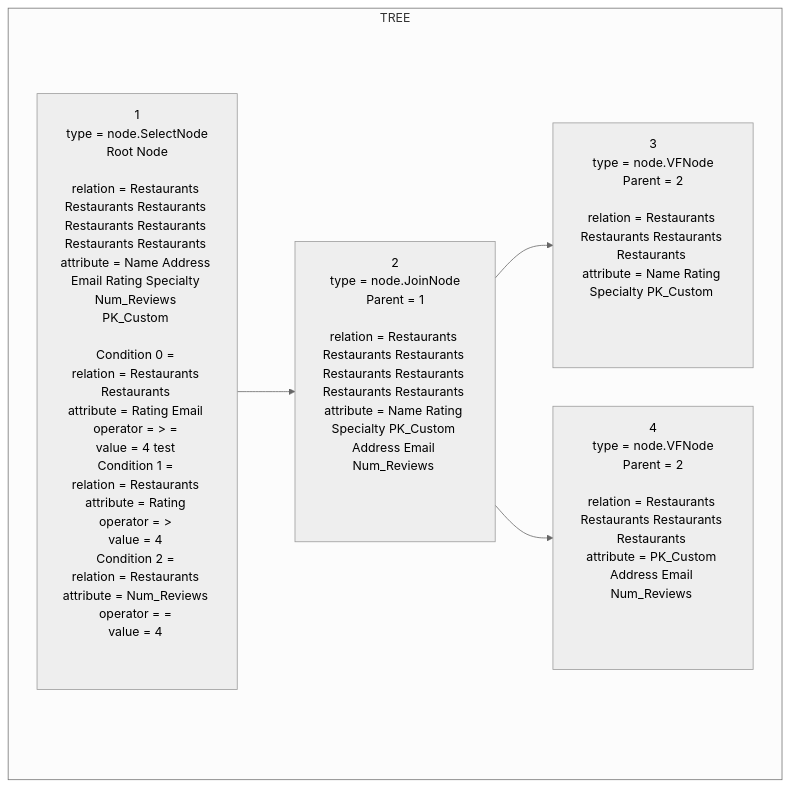
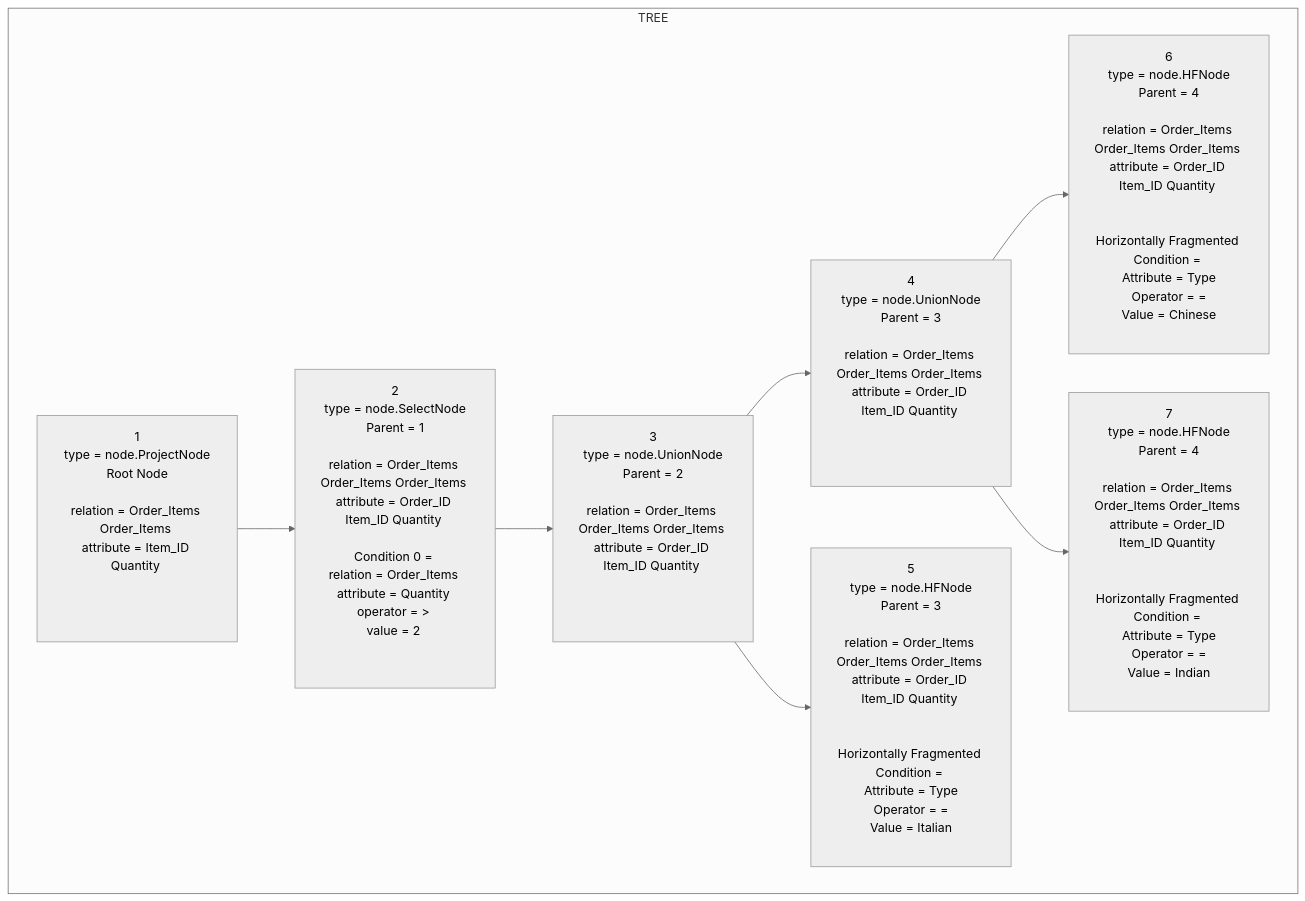
One commit to krtikgrg/Distributed_Database_System changed the diagram in phase2/src/fragmented.md. Above: the diagram before and after it, drawn with Mermaid (neutral theme). The commit also changed 8 other files, not shown here.

````diff
--- a/phase2/src/fragmented.md
+++ b/phase2/src/fragmented.md
@@ -1,12 +1,18 @@
 ```mermaid
 graph TD
 subgraph TREE
-1[1<br/>type = node.SelectNode<br/>Root Node<br/><br/>relation = Restaurants Restaurants Restaurants Restaurants Restaurants Restaurants Restaurants <br/>attribute = Name Address Email Rating Specialty Num_Reviews PK_Custom <br/><br/>Condition 0 = <br/>relation = Restaurants Restaurants <br/>attribute = Rating Email <br/>operator = > = <br/>value = 4 test <br/>Condition 1 = <br/>relation = Restaurants <br/>attribute = Rating <br/>operator = > <br/>value = 4 <br/>Condition 2 = <br/>relation = Restaurants <br/>attribute = Num_Reviews <br/>operator = = <br/>value = 4 <br/><br/><br/>]
-2[2<br/>type = node.JoinNode<br/>Parent = 1<br/><br/>relation = Restaurants Restaurants Restaurants Restaurants Restaurants Restaurants Restaurants <br/>attribute = Name Rating Specialty PK_Custom Address Email Num_Reviews <br/><br/><br/><br/>]
+1[1<br/>type = node.ProjectNode<br/>Root Node<br/><br/>relation = Order_Items Order_Items <br/>attribute = Item_ID Quantity <br/><br/><br/><br/>]
+2[2<br/>type = node.SelectNode<br/>Parent = 1<br/><br/>relation = Order_Items Order_Items Order_Items <br/>attribute = Order_ID Item_ID Quantity <br/><br/>Condition 0 = <br/>relation = Order_Items <br/>attribute = Quantity <br/>operator = > <br/>value = 2 <br/><br/><br/>]
 1-->2
-3[3<br/>type = node.VFNode<br/>Parent = 2<br/><br/>relation = Restaurants Restaurants Restaurants Restaurants <br/>attribute = Name Rating Specialty PK_Custom <br/><br/><br/><br/>]
+3[3<br/>type = node.UnionNode<br/>Parent = 2<br/><br/>relation = Order_Items Order_Items Order_Items <br/>attribute = Order_ID Item_ID Quantity <br/><br/><br/><br/>]
 2-->3
-4[4<br/>type = node.VFNode<br/>Parent = 2<br/><br/>relation = Restaurants Restaurants Restaurants Restaurants <br/>attribute = PK_Custom Address Email Num_Reviews <br/><br/><br/><br/>]
-2-->4
+4[4<br/>type = node.UnionNode<br/>Parent = 3<br/><br/>relation = Order_Items Order_Items Order_Items <br/>attribute = Order_ID Item_ID Quantity <br/><br/><br/><br/>]
+3-->4
+5[5<br/>type = node.HFNode<br/>Parent = 3<br/><br/>relation = Order_Items Order_Items Order_Items <br/>attribute = Order_ID Item_ID Quantity <br/><br/><br/>Horizontally Fragmented Condition = <br/>Attribute = Type<br/>Operator = =<br/>Value = Italian<br/><br/>]
+3-->5
+6[6<br/>type = node.HFNode<br/>Parent = 4<br/><br/>relation = Order_Items Order_Items Order_Items <br/>attribute = Order_ID Item_ID Quantity <br/><br/><br/>Horizontally Fragmented Condition = <br/>Attribute = Type<br/>Operator = =<br/>Value = Chinese<br/><br/>]
+4-->6
+7[7<br/>type = node.HFNode<br/>Parent = 4<br/><br/>relation = Order_Items Order_Items Order_Items <br/>attribute = Order_ID Item_ID Quantity <br/><br/><br/>Horizontally Fragmented Condition = <br/>Attribute = Type<br/>Operator = =<br/>Value = Indian<br/><br/>]
+4-->7
 end
 ```
````
